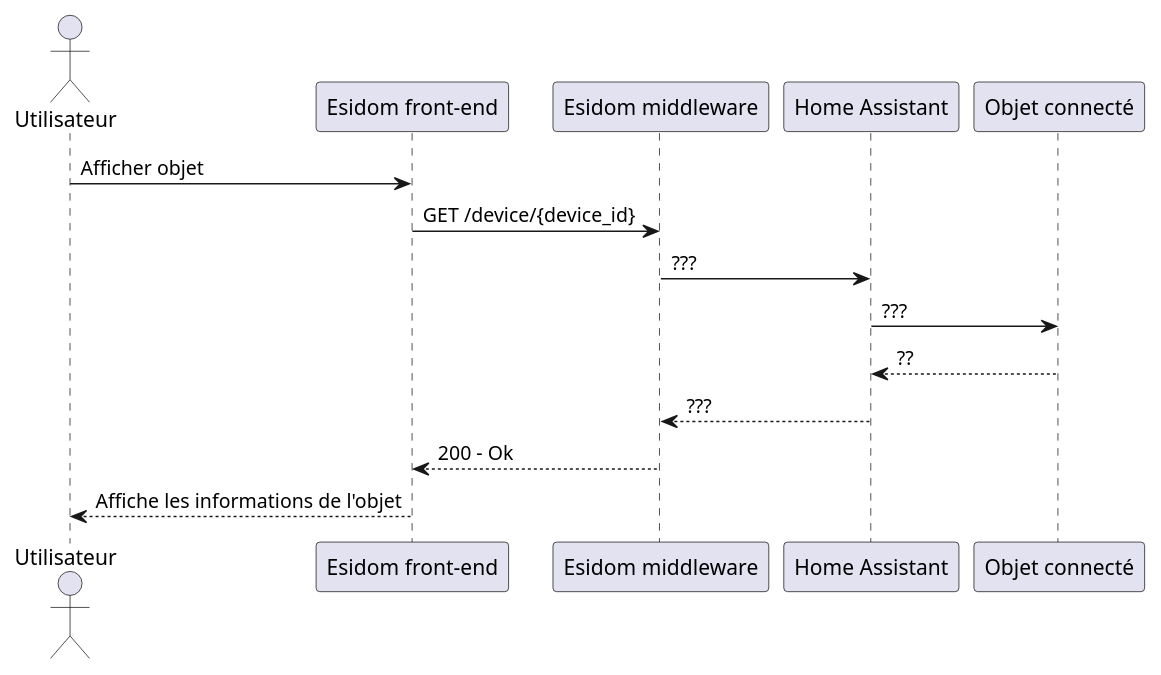
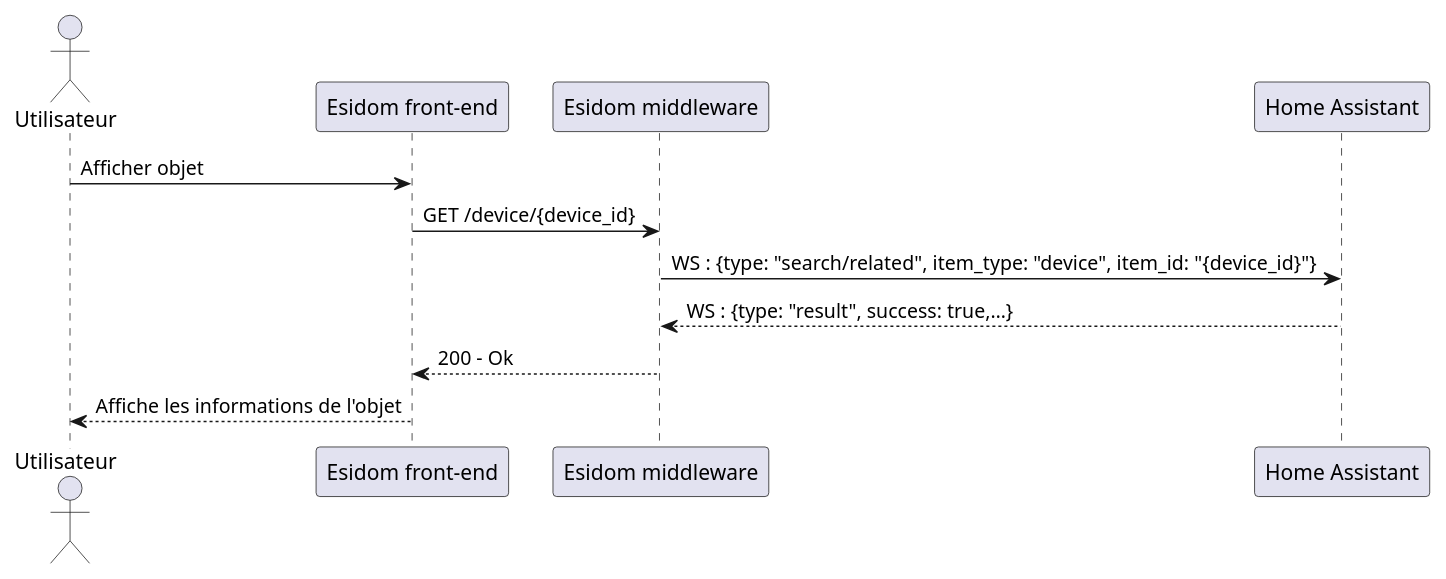
One commit to SKAVALT-io/esidom_doc changed the diagram in cdct/diagramme_de_sequence/plantuml/afficher_objet.puml. Above: the diagram before and after it, drawn with PlantUML. The commit also changed 7 other files, not shown here.

Commit message:
docs(cdct): update sequence diagram

```diff
--- a/cdct/diagramme_de_sequence/plantuml/afficher_objet.puml
+++ b/cdct/diagramme_de_sequence/plantuml/afficher_objet.puml
@@ -1,18 +1,15 @@
 @startuml afficher objet
 
 actor "Utilisateur" as u
 participant "Esidom front-end" as fe
 participant "Esidom middleware" as m
 participant "Home Assistant" as ha
-participant "Objet connecté" as o
 
 u -> fe: Afficher objet
 fe -> m: GET /device/{device_id}
-m -> ha: ???
-ha -> o: ???
-o --> ha: ??
-ha --> m: ???
+m -> ha: WS : {type: "search/related", item_type: "device", item_id: "{device_id}"}
+ha --> m: WS : {type: "result", success: true,…}
 m --> fe: 200 - Ok
 fe --> u: Affiche les informations de l'objet
 
 @enduml
```
